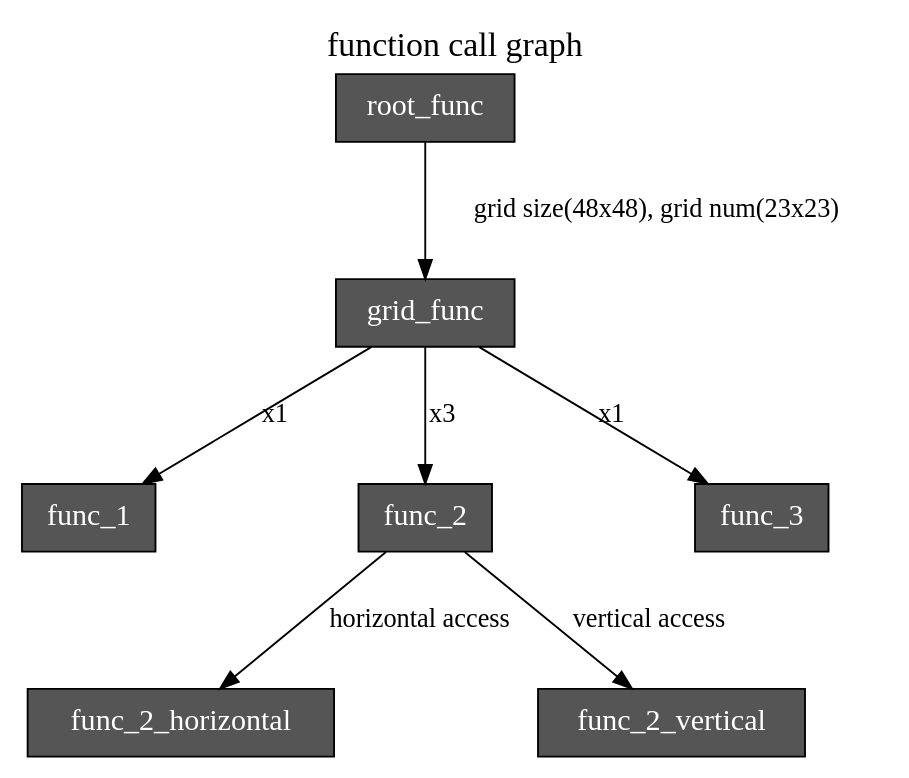
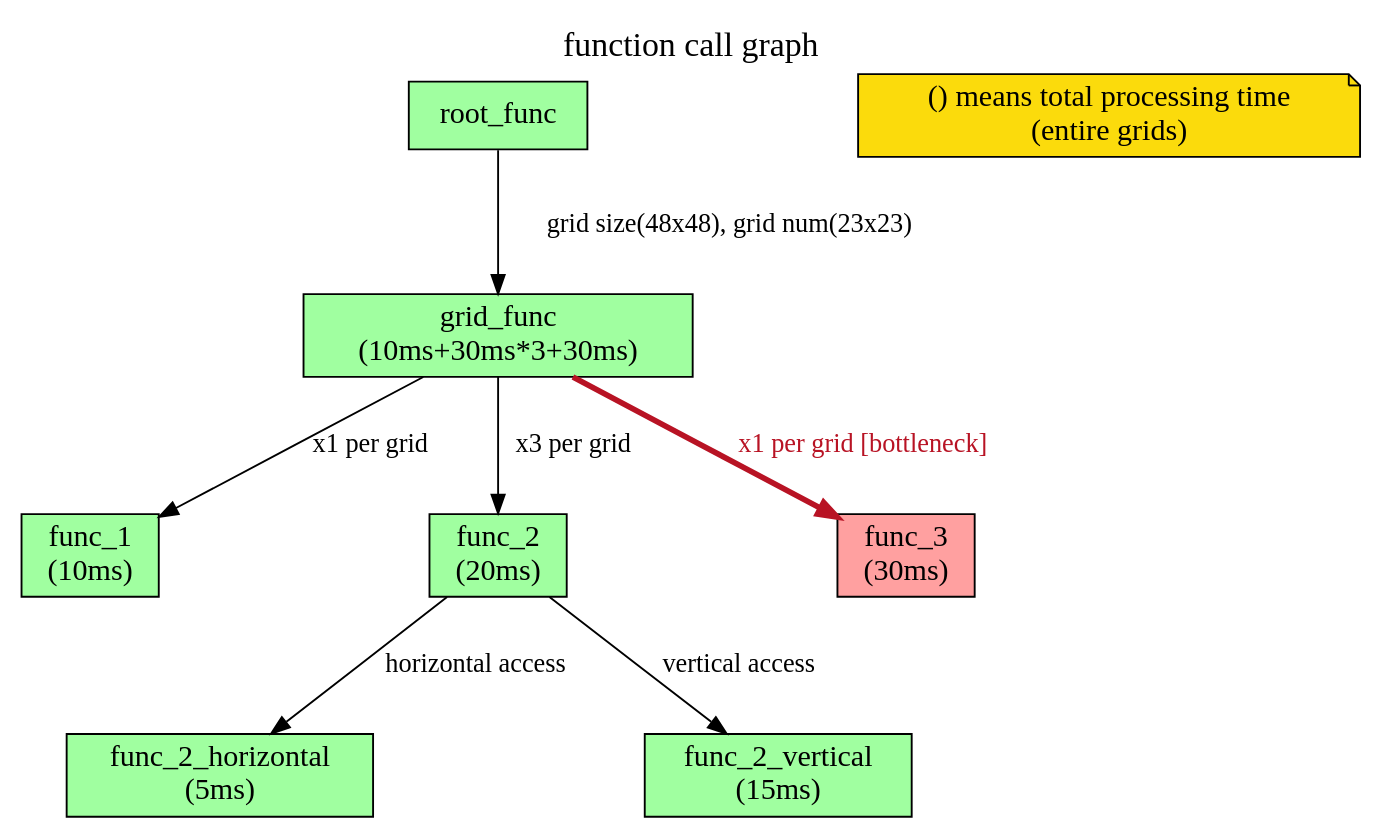
The diagram in function_call_graph.dot (umaumax/dot_graph_examples), drawn with Graphviz before and after one commit. The commit also changed 2 other files, not shown here.

```diff
--- a/function_call_graph.dot
+++ b/function_call_graph.dot
@@ -1,51 +1,55 @@
 digraph graph_name {
   graph [
     charset = "UTF-8";
     label = "function call graph",
     labelloc = "t",
     fontcolor = black,
     fontsize = 18,
     splines = spline,
     // NOTE: vertical space
     ranksep = 1.0,
     // NOTE: horizontal space
-    nodesep = 1.5
+    nodesep = 2.0
   ];
 
   node [
     colorscheme = "rdylgn11"
     style = "solid,filled",
     fontsize = 16,
-    fontcolor = white,
+    fontcolor = black,
     color = black,
-    fillcolor = "#555555",
+    fillcolor = "#A0FFA0",
     fixedsize = false,
   ];
 
   edge [
     style = solid,
     fontsize = 14,
     fontcolor = black,
     color = black,
     labelfloat = true,
     labeldistance = 2.5,
     labelangle = 70
   ];
 
   // NOTE: node definition
   root_func [shape = box];
-  grid_func [shape = box];
-  func_1 [shape = box];
-  func_2 [shape = box];
-  func_2_horizontal [shape = box];
-  func_2_vertical [shape = box];
-  func_3 [shape = box];
+  grid_func [shape = box, label="grid_func\n(10ms+30ms*3+30ms)"];
+  func_1 [shape = box, label="func_1\n(10ms)"];
+  func_2 [shape = box, label="func_2\n(20ms)"];
+  func_2_horizontal [shape = box, label="func_2_horizontal\n(5ms)"];
+  func_2_vertical [shape = box, label="func_2_vertical\n(15ms)"];
+  func_3 [shape = box, label="func_3\n(30ms)", fillcolor="#FFA0A0"];
 
   // NOTE: edge definition
   root_func -> grid_func [label = "grid size(48x48), grid num(23x23)", arrowhead = normal];
-  grid_func -> func_1 [label = "x1"];
-  grid_func -> func_2 [label = "x3"];
+  grid_func -> func_1 [label = "x1 per grid"];
+  grid_func -> func_2 [label = "x3 per grid"];
   func_2 -> func_2_horizontal [label = "horizontal access"];
   func_2 -> func_2_vertical [label = "vertical access"];
-  grid_func -> func_3 [label = "x1"];
+  grid_func -> func_3 [label = "x1 per grid [bottleneck]", color="#B81324", fontcolor="#B81324", penwidth=3.0];
+
+  // NOTE: comment
+  // #FBDB0C: gummiyellow
+  comment [shape = note, label="() means total processing time\n(entire grids)", fillcolor="#FBDB0C", fontcolor=black, pos = "1,2!"];
 }
```
